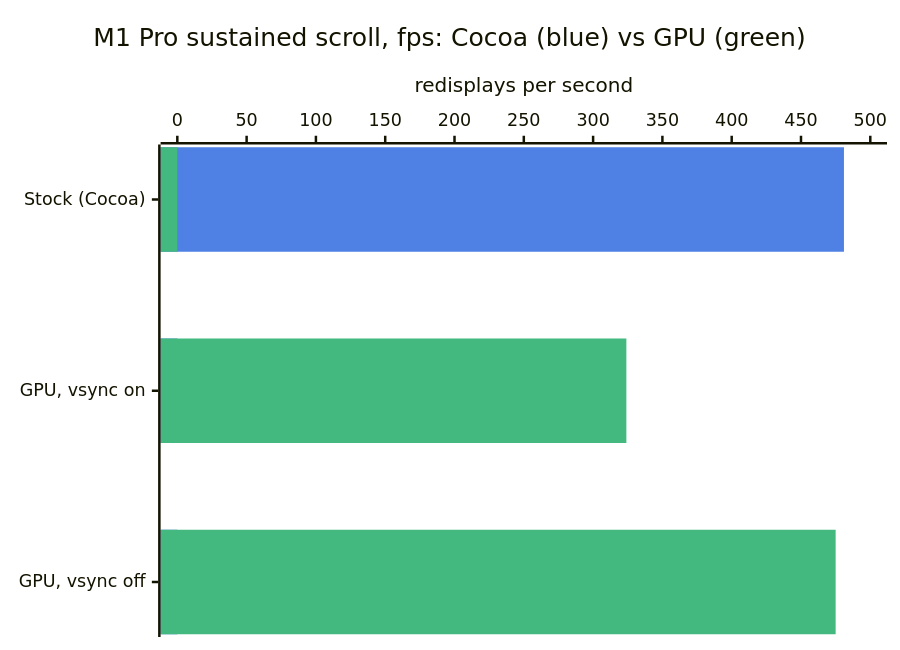
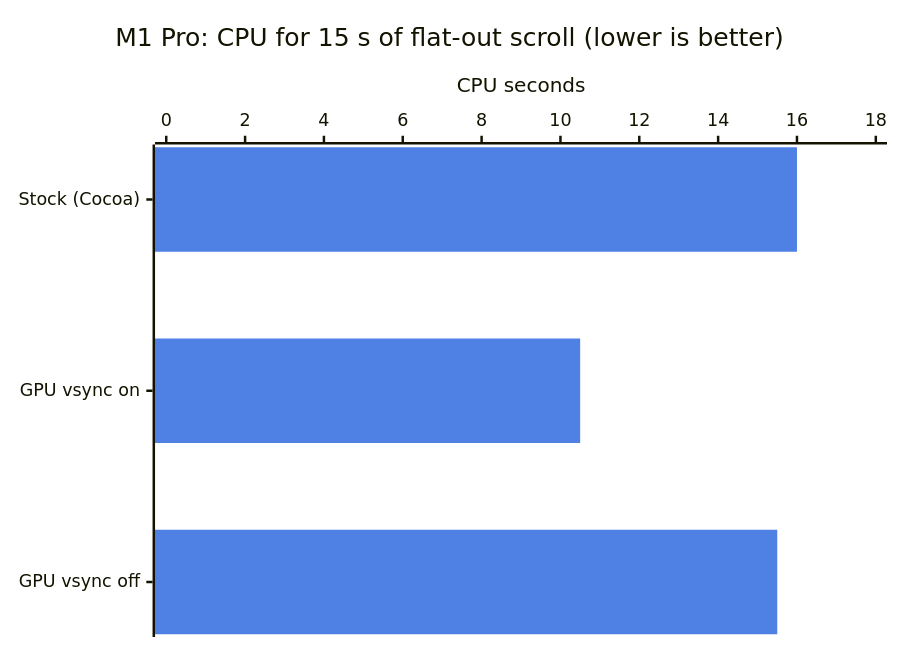
The third of 3 diagrams in README.md (bobrowadam/emacs), drawn with Mermaid before and after one commit. The commit also changed other lines of this file, not shown here.

First line of the commit message:
README: charts show the comparison, not duplicate the tables

````diff
--- a/README.md
+++ b/README.md
@@ -352,14 +350,13 @@
 ```mermaid
 ---
 config:
   themeVariables:
     xyChart:
-      plotColorPalette: "#4f81e5, #43b97f"
+      plotColorPalette: "#4f81e5"
 ---
 xychart-beta horizontal
-    title "M1 Pro sustained scroll, fps: Cocoa (blue) vs GPU (green)"
-    x-axis ["Stock (Cocoa)", "GPU, vsync on", "GPU, vsync off"]
-    y-axis "redisplays per second" 0 --> 500
-    bar [481, 0, 0]
-    bar [0, 324, 475]
+    title "M1 Pro: CPU for 15 s of flat-out scroll (lower is better)"
+    x-axis ["Stock (Cocoa)", "GPU vsync on", "GPU vsync off"]
+    y-axis "CPU seconds" 0 --> 18
+    bar [16.0, 10.5, 15.5]
 ```
````
